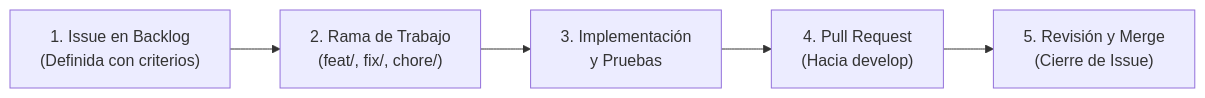
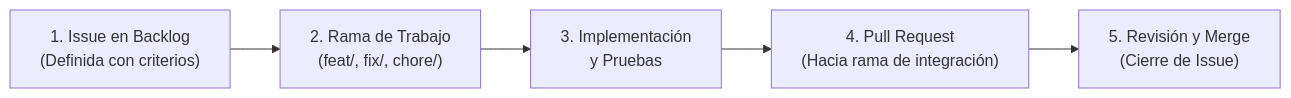
The diagram in 01-metodologia/scrumban.md (villaserenaguatee/villa-serena-docs), drawn with Mermaid before and after one commit. The commit also changed other lines of this file and 13 other files, not shown here.

````diff
--- a/01-metodologia/scrumban.md
+++ b/01-metodologia/scrumban.md
@@ -25,7 +27,7 @@
 ```mermaid
 flowchart LR
     A["1. Issue en Backlog\n(Definida con criterios)"] --> B["2. Rama de Trabajo\n(feat/, fix/, chore/)"]
     B --> C["3. Implementación\ny Pruebas"]
-    C --> D["4. Pull Request\n(Hacia develop)"]
+    C --> D["4. Pull Request\n(Hacia rama de integración)"]
     D --> E["5. Revisión y Merge\n(Cierre de Issue)"]
 ```
````
